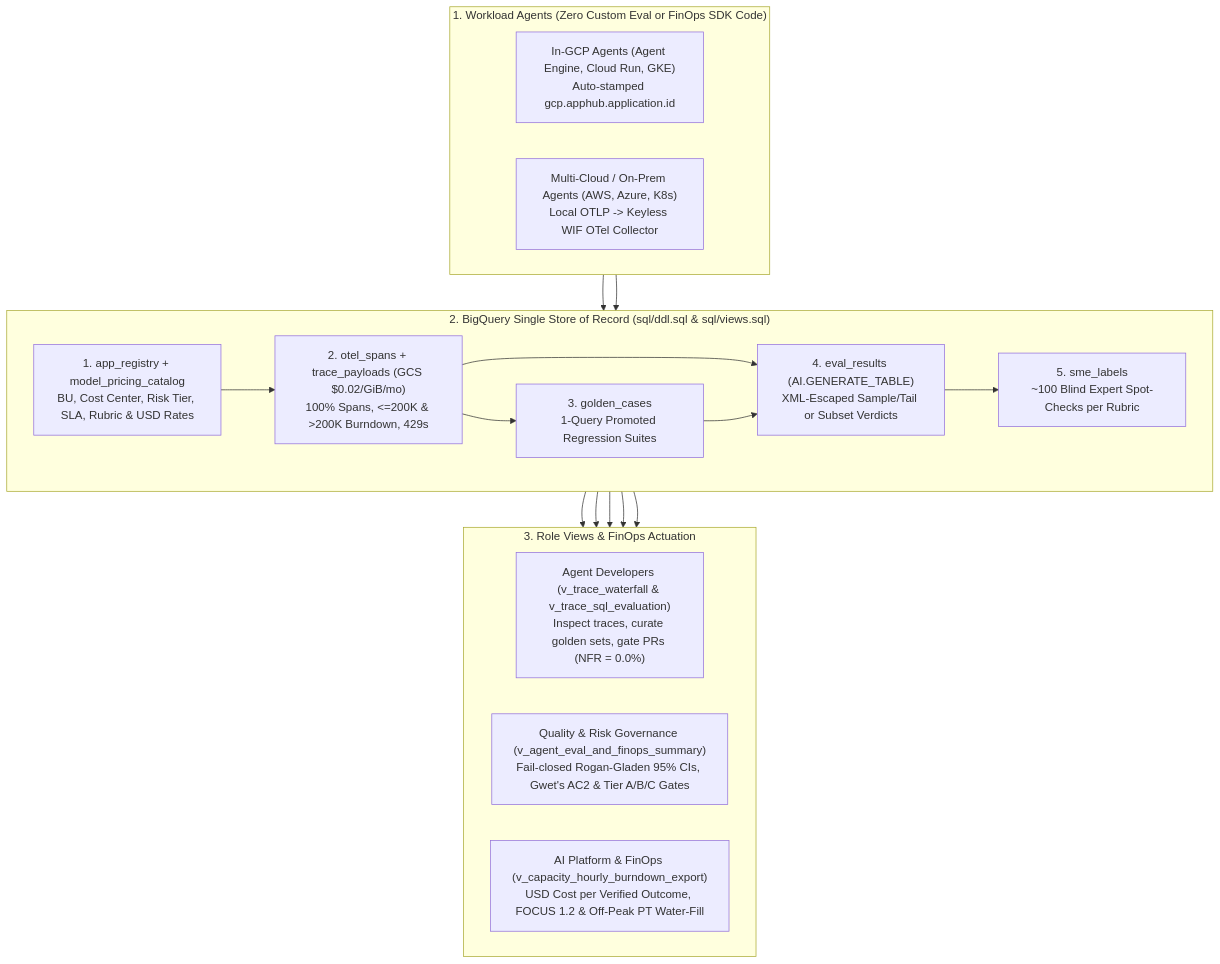
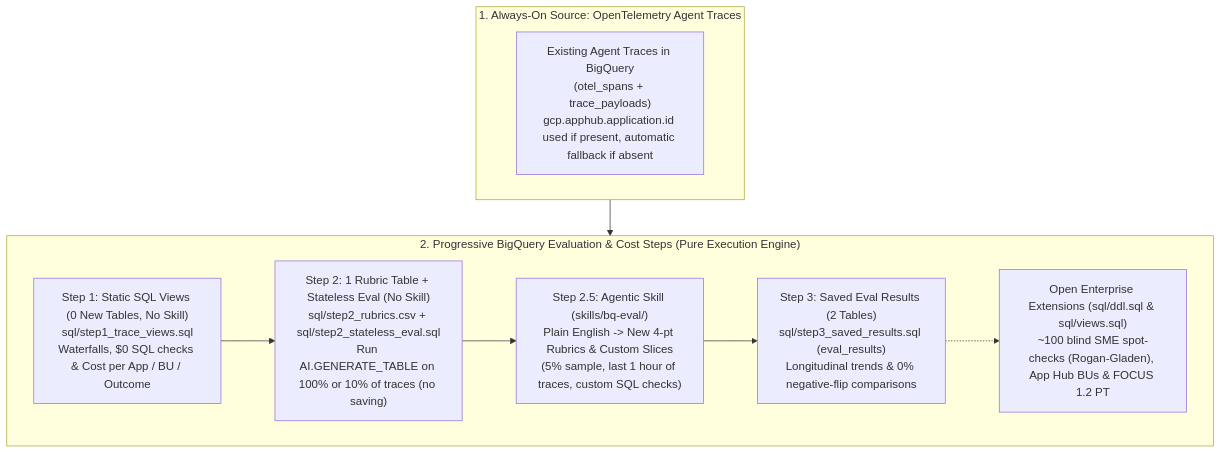
The diagram in README.md (tvaroska/bq-eval), drawn with Mermaid before and after one commit. The commit also changed other lines of this file and 19 other files, not shown here.

Commit message:
feat(sql): land progressive Step 1-3 SQL views, loadgen CLI, and M1 _AllSpans xfail contract tests

````diff
--- a/README.md
+++ b/README.md
@@ -55,37 +158,22 @@
 ```mermaid
 flowchart TB
-  subgraph L1["1. Workload Agents (Zero Custom Eval or FinOps SDK Code)"]
+  subgraph L1["1. Always-On Source: OpenTelemetry Agent Traces"]
     direction LR
-    GCP["In-GCP Agents (Agent Engine, Cloud Run, GKE)<br/>Auto-stamped gcp.apphub.application.id"]
-    EXT["Multi-Cloud / On-Prem Agents (AWS, Azure, K8s)<br/>Local OTLP -> Keyless WIF OTel Collector"]
+    TRACES["Existing Agent Traces in BigQuery<br/>(otel_spans + trace_payloads)<br/>gcp.apphub.application.id used if present, automatic fallback if absent"]
   end
 
-  subgraph L2["2. BigQuery Single Store of Record (sql/ddl.sql & sql/views.sql)"]
+  subgraph L2["2. Progressive BigQuery Evaluation & Cost Steps (Pure Execution Engine)"]
     direction LR
-    REG["1. app_registry + model_pricing_catalog<br/>BU, Cost Center, Risk Tier, SLA, Rubric & USD Rates"]
-    SPANS["2. otel_spans + trace_payloads (GCS $0.02/GiB/mo)<br/>100% Spans, <=200K & >200K Burndown, 429s"]
-    GOLDEN["3. golden_cases<br/>1-Query Promoted Regression Suites"]
-    EVAL["4. eval_results (AI.GENERATE_TABLE)<br/>XML-Escaped Sample/Tail or Subset Verdicts"]
-    SME["5. sme_labels<br/>~100 Blind Expert Spot-Checks per Rubric"]
+    S1["Step 1: Static SQL Views (0 New Tables, No Skill)<br/>sql/step1_trace_views.sql<br/>Waterfalls, $0 SQL checks & Cost per App / BU / Outcome"]
+    S2["Step 2: 1 Rubric Table + Stateless Eval (No Skill)<br/>sql/step2_rubrics.csv + sql/step2_stateless_eval.sql<br/>Run AI.GENERATE_TABLE on 100% or 10% of traces (no saving)"]
+    S25["Step 2.5: Agentic Skill (skills/bq-eval/)<br/>Plain English -> New 4-pt Rubrics & Custom Slices<br/>(5% sample, last 1 hour of traces, custom SQL checks)"]
+    S3["Step 3: Saved Eval Results (2 Tables)<br/>sql/step3_saved_results.sql (eval_results)<br/>Longitudinal trends & 0% negative-flip comparisons"]
+    EXT["Open Enterprise Extensions (sql/ddl.sql & sql/views.sql)<br/>~100 blind SME spot-checks (Rogan-Gladen), App Hub BUs & FOCUS 1.2 PT"]
   end
 
-  subgraph L3["3. Role Views & FinOps Actuation"]
-    direction LR
-    DEV["Agent Developers (v_trace_waterfall & v_trace_sql_evaluation)<br/>Inspect traces, curate golden sets, gate PRs (NFR = 0.0%)"]
-    GOV["Quality & Risk Governance (v_agent_eval_and_finops_summary)<br/>Fail-closed Rogan-Gladen 95% CIs, Gwet's AC2 & Tier A/B/C Gates"]
-    FIN["AI Platform & FinOps (v_capacity_hourly_burndown_export)<br/>USD Cost per Verified Outcome, FOCUS 1.2 & Off-Peak PT Water-Fill"]
-  end
-
-  GCP --> SPANS
-  EXT --> SPANS
-  REG --> SPANS
-  SPANS --> GOLDEN
-  SPANS --> EVAL
-  GOLDEN --> EVAL
-  EVAL --> SME
-  SPANS --> DEV
-  EVAL --> GOV
-  SME --> GOV
-  EVAL --> FIN
-  SME --> FIN
+  TRACES --> S1
+  S1 --> S2
+  S2 --> S25
+  S25 --> S3
+  S3 -.-> EXT
 ```
````
